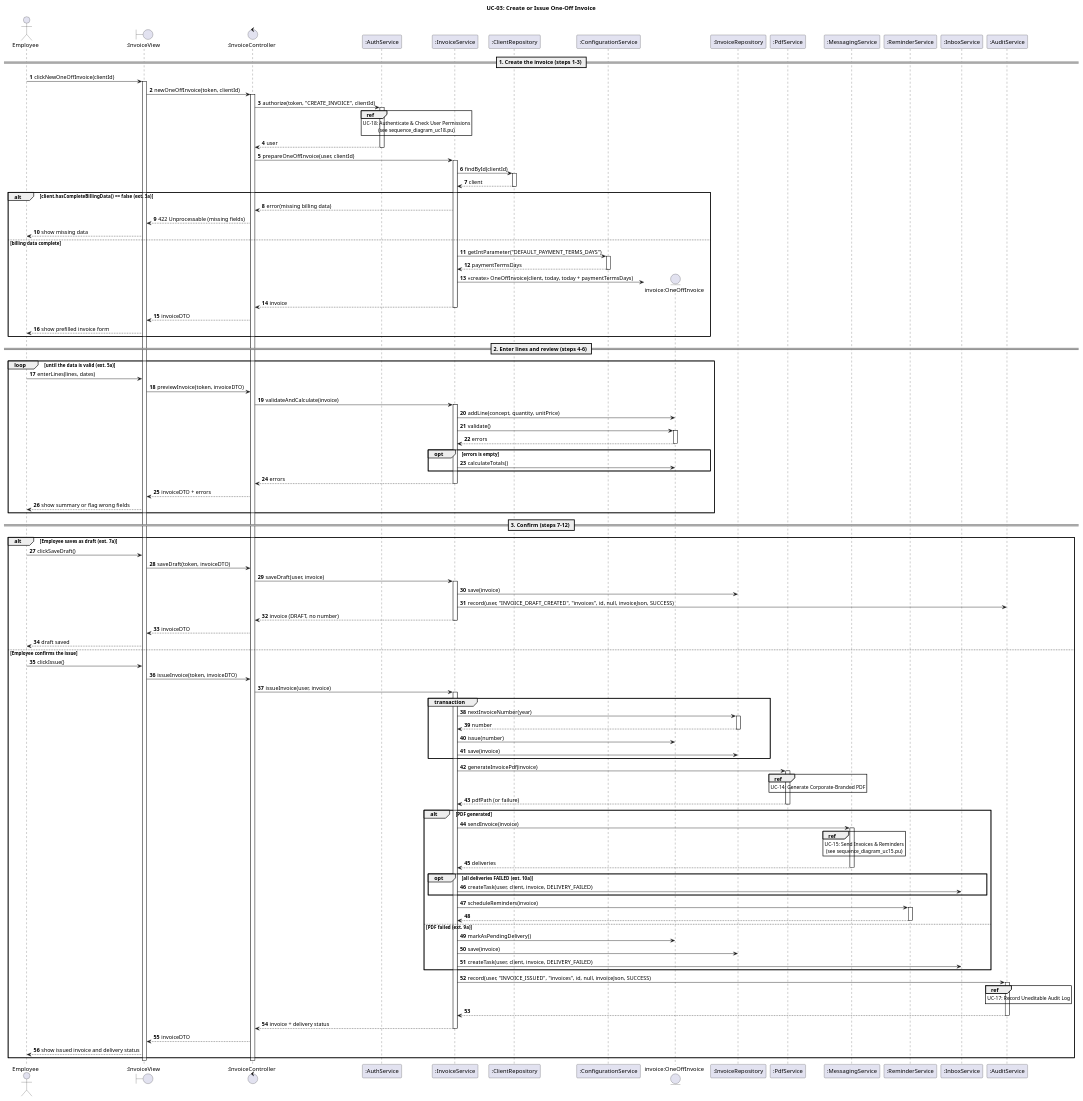
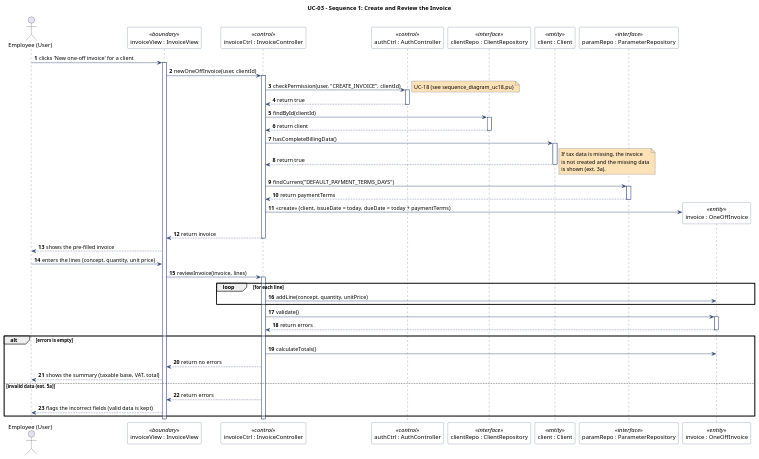
One commit to Navas05/ADA---Group-Project changed the first of 2 diagrams in sequence_diagram_uc03.pu. Above: the diagram before and after it, drawn with PlantUML. The commit also changed other lines of this file and 6 other files, not shown here.

```diff
--- a/sequence_diagram_uc03.pu
+++ b/sequence_diagram_uc03.pu
@@ -1,161 +1,101 @@
-@startuml sequence_diagram_uc03
+@startuml sequence_diagram_uc03_1
 ' ============================================================
 '  TurbineH Invoicing & Subscription System
 '  UML Sequence Diagram - UC-03: Create or Issue One-Off Invoice
 '  Submission 2 - Issue #22 / #31
+'  Two sequences (like the course example):
+'   Sequence 1 - Create and review the invoice (UC-03 steps 1-6)
+'   Sequence 2 - Issue the invoice (UC-03 steps 7-12)
 '  Classes and methods: class_diagram.pu and
 '  class_diagram_application.pu
 ' ============================================================
 
 skinparam shadowing false
 skinparam sequenceMessageAlign left
+skinparam participant {
+    BackgroundColor #FFFFFF
+    BorderColor #2B3E6A
+}
+skinparam sequence {
+    ArrowColor #2B3E6A
+    LifeLineBorderColor #2B3E6A
+}
+skinparam note {
+    BackgroundColor #FDE2B8
+    BorderColor #2B3E6A
+}
 autonumber
 
-title UC-03: Create or Issue One-Off Invoice
+title UC-03 - Sequence 1: Create and Review the Invoice
 
-actor Employee
-boundary ":InvoiceView" as View
-control ":InvoiceController" as Ctrl
-participant ":AuthService" as Auth
-participant ":InvoiceService" as InvSrv
-participant ":ClientRepository" as ClientRepo
-participant ":ConfigurationService" as Config
-entity "invoice:OneOffInvoice" as Inv
-participant ":InvoiceRepository" as InvRepo
-participant ":PdfService" as Pdf
-participant ":MessagingService" as Msg
-participant ":ReminderService" as Rem
-participant ":InboxService" as Inbox
-participant ":AuditService" as Audit
+actor "Employee (User)" as Employee
+participant "invoiceView : InvoiceView" as View <<boundary>>
+participant "invoiceCtrl : InvoiceController" as Ctrl <<control>>
+participant "authCtrl : AuthController" as Auth <<control>>
+participant "clientRepo : ClientRepository" as CRepo <<interface>>
+participant "client : Client" as Cli <<entity>>
+participant "paramRepo : ParameterRepository" as PRepo <<interface>>
 
-== 1. Create the invoice (steps 1-3) ==
-
-Employee -> View : clickNewOneOffInvoice(clientId)
+Employee -> View : clicks 'New one-off invoice' for a client
 activate View
-View -> Ctrl : newOneOffInvoice(token, clientId)
+View -> Ctrl : newOneOffInvoice(user, clientId)
 activate Ctrl
 
-Ctrl -> Auth : authorize(token, "CREATE_INVOICE", clientId)
+Ctrl -> Auth : checkPermission(user, "CREATE_INVOICE", clientId)
 activate Auth
-ref over Auth : UC-18: Authenticate & Check User Permissions\n(see sequence_diagram_uc18.pu)
-Auth --> Ctrl : user
+note right : UC-18 (see sequence_diagram_uc18.pu)
+Auth --> Ctrl : return true
 deactivate Auth
 
-Ctrl -> InvSrv : prepareOneOffInvoice(user, clientId)
-activate InvSrv
-InvSrv -> ClientRepo : findById(clientId)
-activate ClientRepo
-ClientRepo --> InvSrv : client
-deactivate ClientRepo
+Ctrl -> CRepo : findById(clientId)
+activate CRepo
+CRepo --> Ctrl : return client
+deactivate CRepo
 
-alt client.hasCompleteBillingData() == false  (ext. 3a)
-  InvSrv --> Ctrl : error(missing billing data)
-  Ctrl --> View : 422 Unprocessable (missing fields)
-  View --> Employee : show missing data
-else billing data complete
-  InvSrv -> Config : getIntParameter("DEFAULT_PAYMENT_TERMS_DAYS")
-  activate Config
-  Config --> InvSrv : paymentTermsDays
-  deactivate Config
-  create Inv
-  InvSrv -> Inv : <<create>> OneOffInvoice(client, today, today + paymentTermsDays)
-  InvSrv --> Ctrl : invoice
-  deactivate InvSrv
-  Ctrl --> View : invoiceDTO
-  View --> Employee : show prefilled invoice form
+Ctrl -> Cli : hasCompleteBillingData()
+activate Cli
+Cli --> Ctrl : return true
+deactivate Cli
+note right
+  If tax data is missing, the invoice
+  is not created and the missing data
+  is shown (ext. 3a).
+end note
+
+Ctrl -> PRepo : findCurrent("DEFAULT_PAYMENT_TERMS_DAYS")
+activate PRepo
+PRepo --> Ctrl : return paymentTerms
+deactivate PRepo
+
+create participant "invoice : OneOffInvoice" as Inv <<entity>>
+Ctrl -> Inv : <<create>> (client, issueDate = today, dueDate = today + paymentTerms)
+Ctrl --> View : return invoice
+deactivate Ctrl
+View --> Employee : shows the pre-filled invoice
+
+Employee -> View : enters the lines (concept, quantity, unit price)
+View -> Ctrl : reviewInvoice(invoice, lines)
+activate Ctrl
+
+loop for each line
+    Ctrl -> Inv : addLine(concept, quantity, unitPrice)
 end
 
-== 2. Enter lines and review (steps 4-6) ==
+Ctrl -> Inv : validate()
+activate Inv
+Inv --> Ctrl : return errors
+deactivate Inv
 
-loop until the data is valid  (ext. 5a)
-  Employee -> View : enterLines(lines, dates)
-  View -> Ctrl : previewInvoice(token, invoiceDTO)
-  Ctrl -> InvSrv : validateAndCalculate(invoice)
-  activate InvSrv
-  InvSrv -> Inv : addLine(concept, quantity, unitPrice)
-  InvSrv -> Inv : validate()
-  activate Inv
-  Inv --> InvSrv : errors
-  deactivate Inv
-  opt errors is empty
-    InvSrv -> Inv : calculateTotals()
-  end
-  InvSrv --> Ctrl : errors
-  deactivate InvSrv
-  Ctrl --> View : invoiceDTO + errors
-  View --> Employee : show summary or flag wrong fields
-end
-
-== 3. Confirm (steps 7-12) ==
-
-alt Employee saves as draft  (ext. 7a)
-  Employee -> View : clickSaveDraft()
-  View -> Ctrl : saveDraft(token, invoiceDTO)
-  Ctrl -> InvSrv : saveDraft(user, invoice)
-  activate InvSrv
-  InvSrv -> InvRepo : save(invoice)
-  InvSrv -> Audit : record(user, "INVOICE_DRAFT_CREATED", "invoices", id, null, invoiceJson, SUCCESS)
-  InvSrv --> Ctrl : invoice (DRAFT, no number)
-  deactivate InvSrv
-  Ctrl --> View : invoiceDTO
-  View --> Employee : draft saved
-
-else Employee confirms the issue
-  Employee -> View : clickIssue()
-  View -> Ctrl : issueInvoice(token, invoiceDTO)
-  Ctrl -> InvSrv : issueInvoice(user, invoice)
-  activate InvSrv
-
-  group transaction
-    InvSrv -> InvRepo : nextInvoiceNumber(year)
-    activate InvRepo
-    InvRepo --> InvSrv : number
-    deactivate InvRepo
-    InvSrv -> Inv : issue(number)
-    InvSrv -> InvRepo : save(invoice)
-  end
-
-  InvSrv -> Pdf : generateInvoicePdf(invoice)
-  activate Pdf
-  ref over Pdf : UC-14: Generate Corporate-Branded PDF
-  Pdf --> InvSrv : pdfPath (or failure)
-  deactivate Pdf
-
-  alt PDF generated
-    InvSrv -> Msg : sendInvoice(invoice)
-    activate Msg
-    ref over Msg : UC-15: Send Invoices & Reminders\n(see sequence_diagram_uc15.pu)
-    Msg --> InvSrv : deliveries
-    deactivate Msg
-
-    opt all deliveries FAILED  (ext. 10a)
-      InvSrv -> Inbox : createTask(user, client, invoice, DELIVERY_FAILED)
-    end
-
-    InvSrv -> Rem : scheduleReminders(invoice)
-    activate Rem
-    Rem --> InvSrv
-    deactivate Rem
-
-  else PDF failed  (ext. 9a)
-    InvSrv -> Inv : markAsPendingDelivery()
-    InvSrv -> InvRepo : save(invoice)
-    InvSrv -> Inbox : createTask(user, client, invoice, DELIVERY_FAILED)
-  end
-
-  InvSrv -> Audit : record(user, "INVOICE_ISSUED", "invoices", id, null, invoiceJson, SUCCESS)
-  activate Audit
-  ref over Audit : UC-17: Record Uneditable Audit Log
-  Audit --> InvSrv
-  deactivate Audit
-
-  InvSrv --> Ctrl : invoice + delivery status
-  deactivate InvSrv
-  Ctrl --> View : invoiceDTO
-  View --> Employee : show issued invoice and delivery status
+alt errors is empty
+    Ctrl -> Inv : calculateTotals()
+    Ctrl --> View : return no errors
+    View --> Employee : shows the summary (taxable base, VAT, total)
+else invalid data (ext. 5a)
+    Ctrl --> View : return errors
+    View --> Employee : flags the incorrect fields (valid data is kept)
 end
 
 deactivate Ctrl
 deactivate View
 
 @enduml
```
